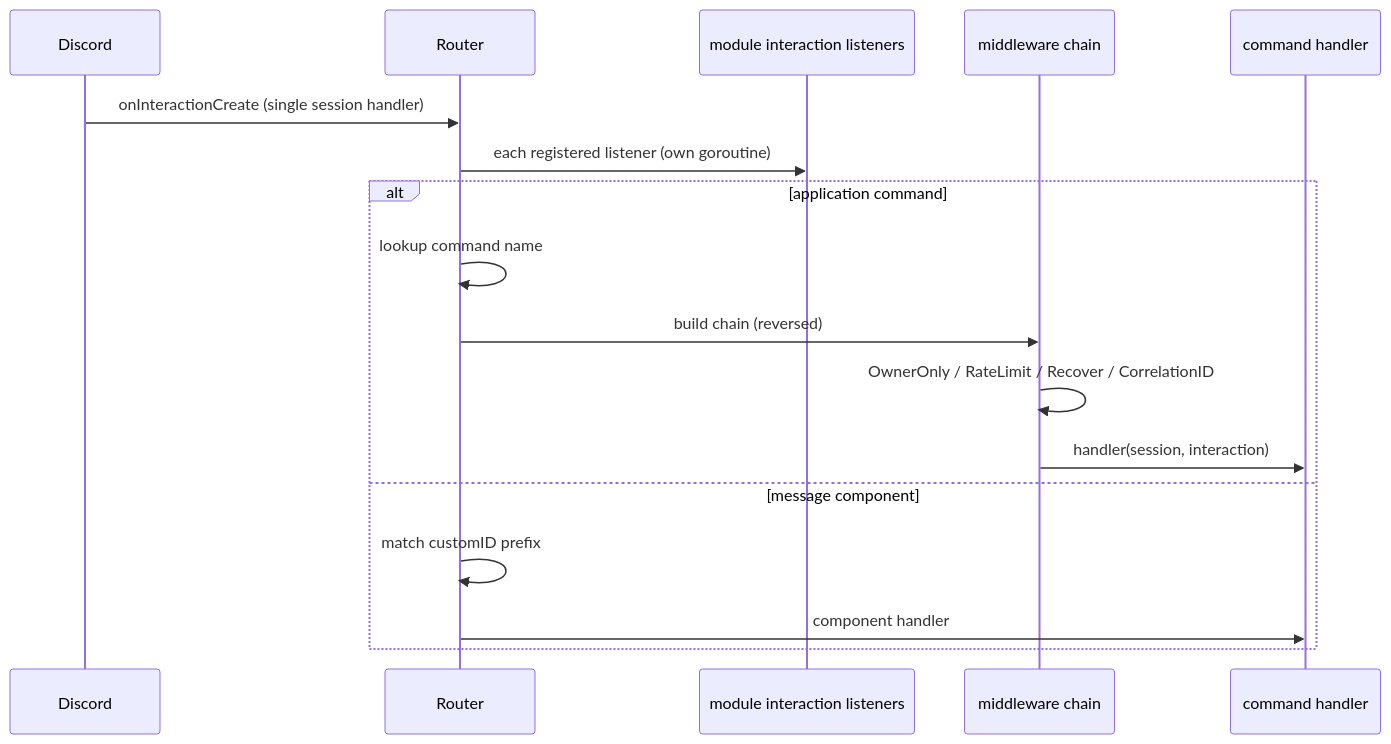
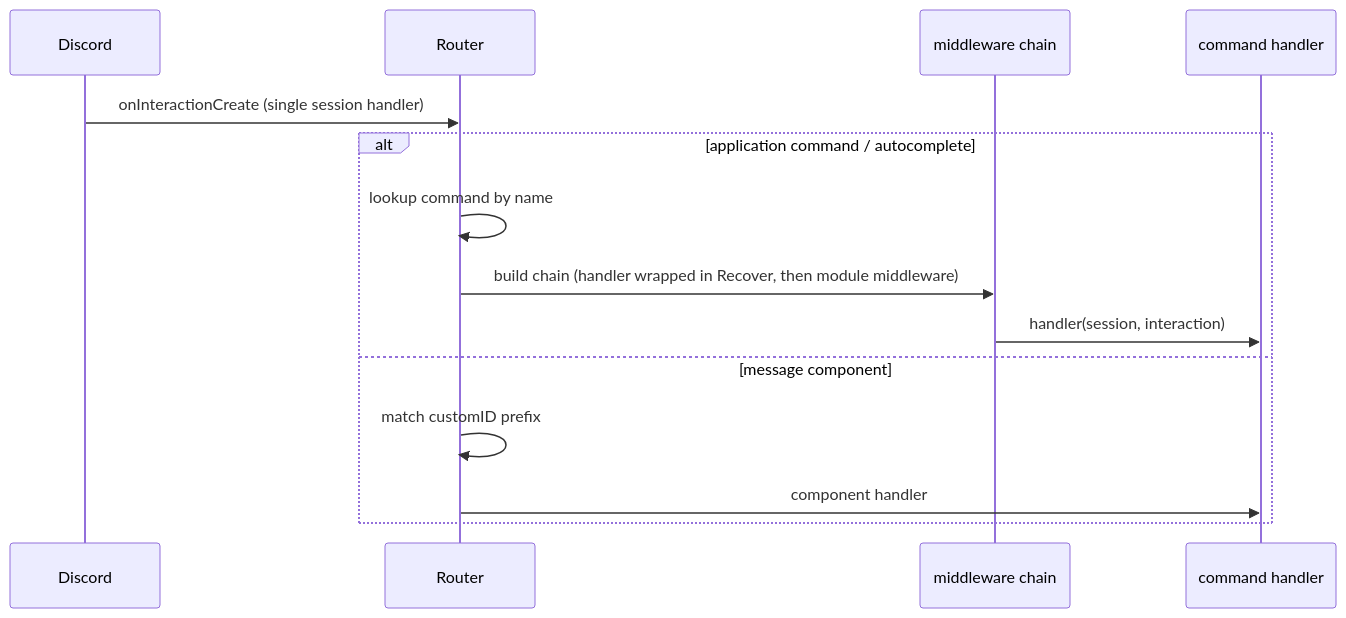
One commit to toksikk/gidbig changed the diagram in docs/modules/bot.md. Above: the diagram before and after it, drawn with Mermaid. The commit also changed other lines of this file and 29 other files, not shown here.

````diff
--- a/docs/modules/bot.md
+++ b/docs/modules/bot.md
@@ -16,20 +16,17 @@
 ```mermaid
 sequenceDiagram
     participant D as Discord
     participant R as Router
-    participant L as module interaction listeners
     participant MW as middleware chain
     participant H as command handler
 
     D->>R: onInteractionCreate (single session handler)
-    R->>L: each registered listener (own goroutine)
-    alt application command
-        R->>R: lookup command name
-        R->>MW: build chain (reversed)
-        MW->>MW: OwnerOnly / RateLimit / Recover / CorrelationID
+    alt application command / autocomplete
+        R->>R: lookup command by name
+        R->>MW: build chain (handler wrapped in Recover, then module middleware)
         MW->>H: handler(session, interaction)
     else message component
         R->>R: match customID prefix
         R->>H: component handler
     end
 ```
````
